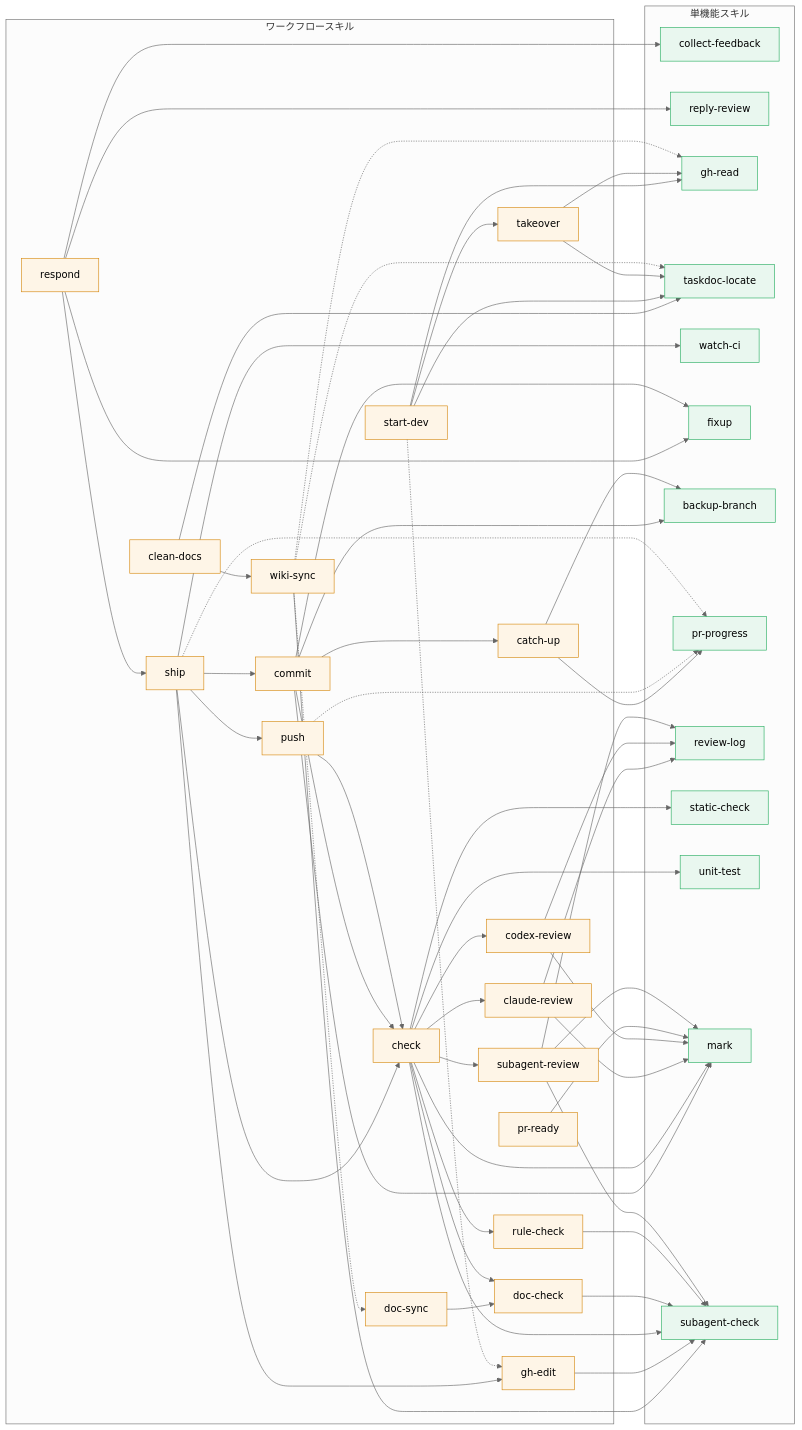
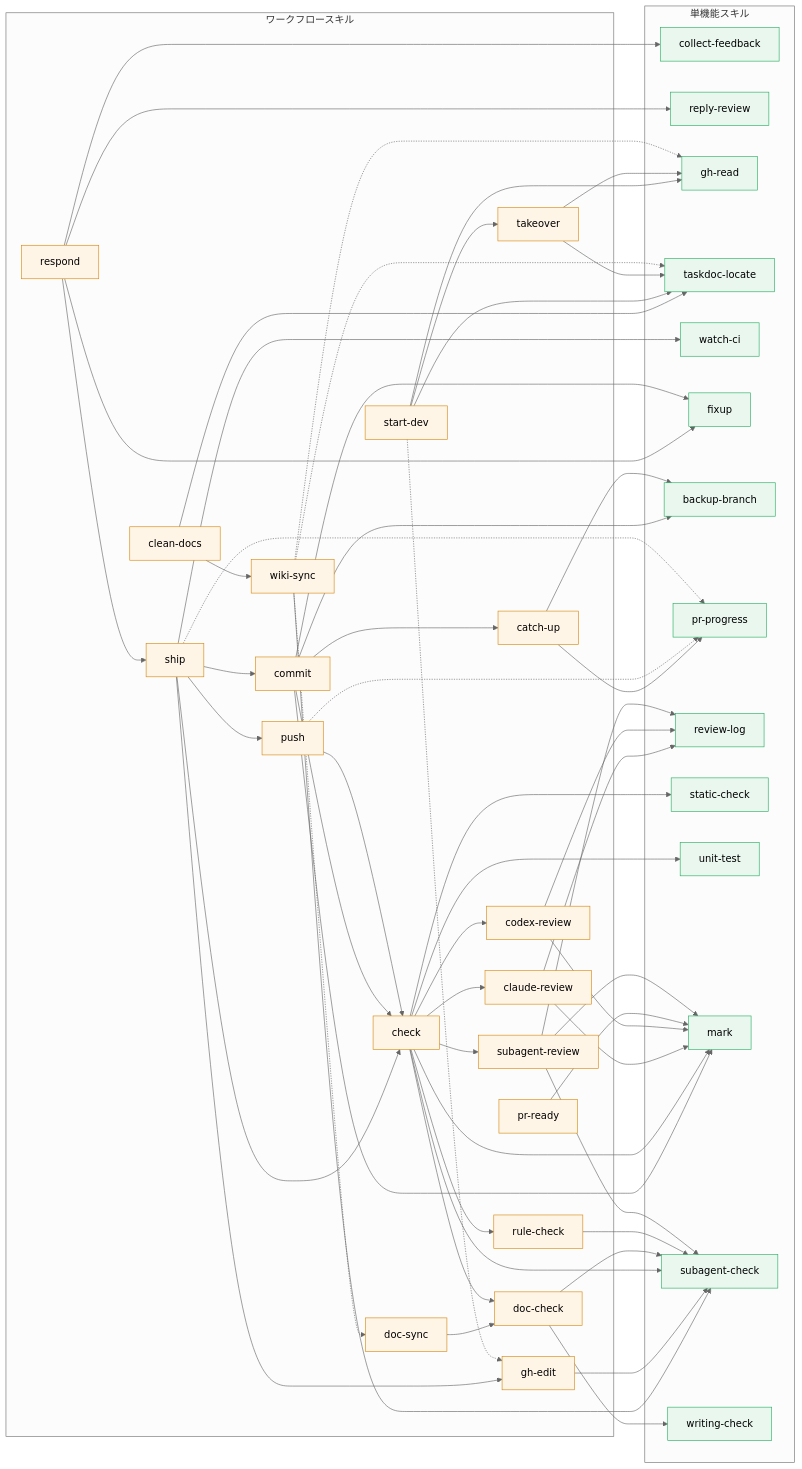
The second of 2 diagrams in README.md (mistbind3u88/bonsai), drawn with Mermaid (neutral theme) before and after one commit. The commit also changed 3 other files, not shown here.

```diff
--- a/README.md
+++ b/README.md
@@ -157,6 +157,7 @@
         unit-test:::single
         mark:::single
         subagent-check:::single
+        writing-check:::single
     end
 
     respond --> ship
@@ -196,6 +197,7 @@
     catch-up --> backup-branch
     catch-up --> pr-progress
     doc-check --> subagent-check
+    doc-check --> writing-check
     rule-check --> subagent-check
     claude-review --> review-log
     claude-review --> mark
```
